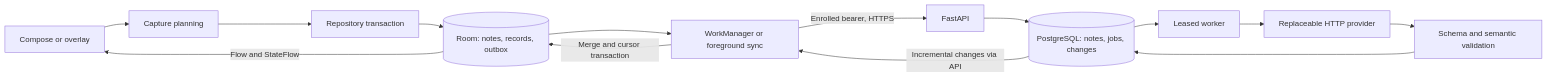
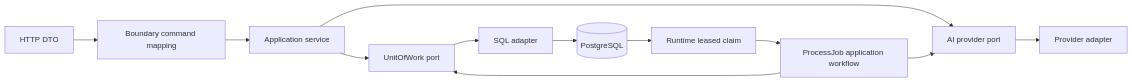
Before and after one commit to mad-futurist/planner: the fifth of 6 diagrams in docs/ARCHITECTURE.md, drawn with Mermaid. The commit also changed other lines of this file and 216 other files, not shown here.

First line of the commit message:
Refactor planner architecture and clarify capture workflows

````diff
--- a/docs/ARCHITECTURE.md
+++ b/docs/ARCHITECTURE.md
@@ -32,16 +116,14 @@
 ```mermaid
 flowchart LR
-    UI[Compose or overlay] --> Domain[Capture planning]
-    Domain --> Repo[Repository transaction]
-    Repo --> Room[(Room: notes, records, outbox)]
-    Room -->|Flow and StateFlow| UI
-    Room --> Sync[WorkManager or foreground sync]
-    Sync -->|Enrolled bearer, HTTPS| API[FastAPI]
-    API --> PG[(PostgreSQL: notes, jobs, changes)]
-    PG --> Worker[Leased worker]
-    Worker --> Provider[Replaceable HTTP provider]
-    Provider --> Validation[Schema and semantic validation]
-    Validation --> PG
-    PG -->|Incremental changes via API| Sync
-    Sync -->|Merge and cursor transaction| Room
+  Request[HTTP DTO] --> Map[Boundary command mapping]
+  Map --> App[Application service]
+  App --> UOW[UnitOfWork port]
+  UOW --> SQL[SQL adapter]
+  SQL --> PG[(PostgreSQL)]
+  App --> ProviderPort[AI provider port]
+  ProviderPort --> HTTP[Provider adapter]
+  PG --> Lease[Runtime leased claim]
+  Lease --> Process[ProcessJob application workflow]
+  Process --> UOW
+  Process --> ProviderPort
 ```
````
